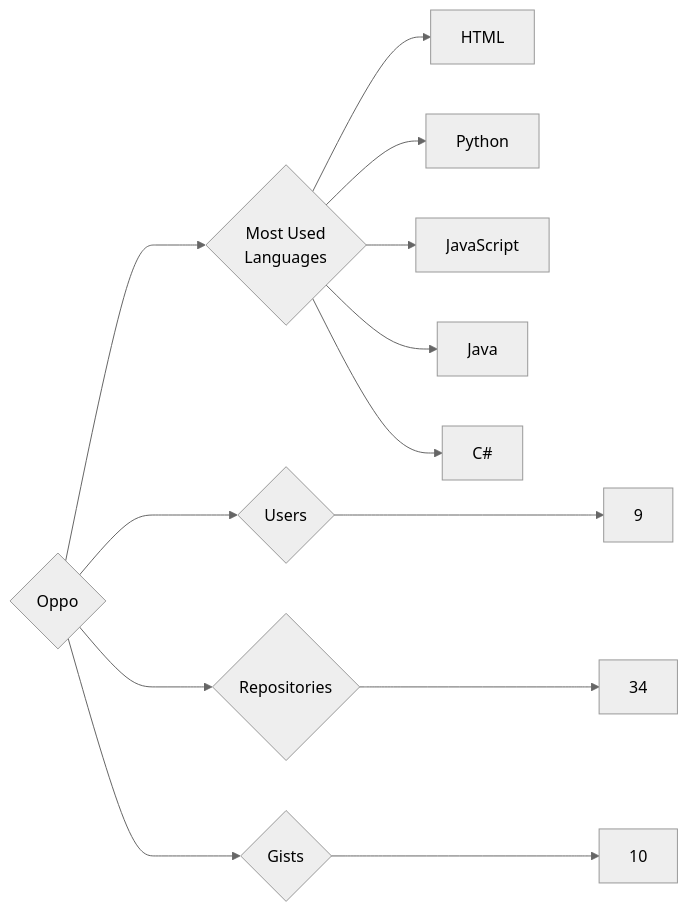
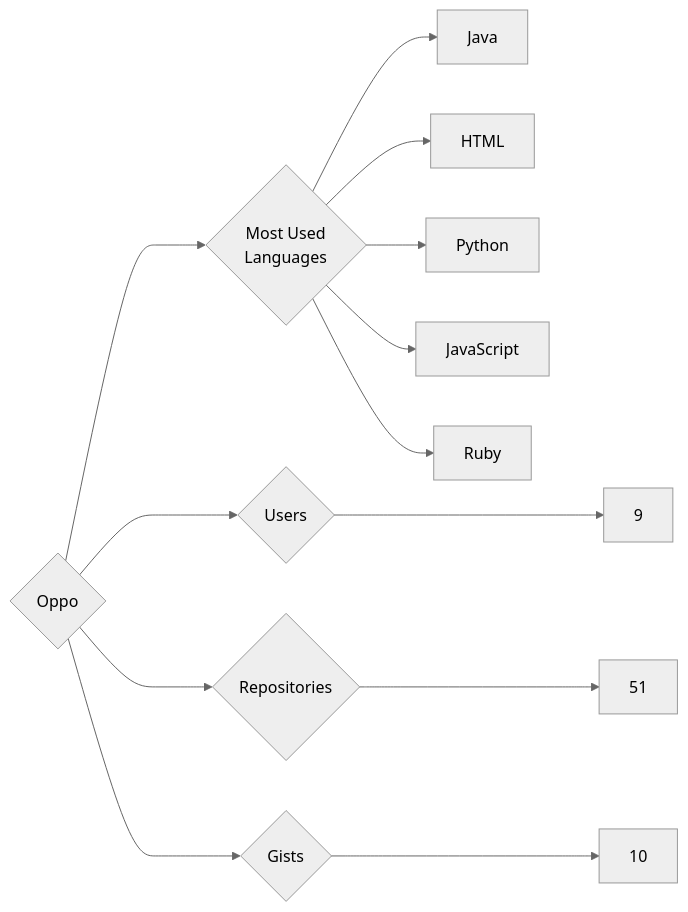
The diagram in targets/Oppo/README.md (trickest/insiders), drawn with Mermaid (neutral theme) before and after one commit. The commit also changed 1248 other files, not shown here.

````diff
--- a/targets/Oppo/README.md
+++ b/targets/Oppo/README.md
@@ -3,13 +3,13 @@
 ```mermaid
 graph LR
 COMPANY_NAME{Oppo}
 COMPANY_NAME ---> U{Users} ---> UN[9]
-COMPANY_NAME ---> R{Repositories} ---> RN[34]
+COMPANY_NAME ---> R{Repositories} ---> RN[51]
 COMPANY_NAME ---> G{Gists} ---> GN[10]
 COMPANY_NAME ---> ML{Most Used<br>Languages}
+ML --> Java[Java]
 ML --> HTML[HTML]
 ML --> Python[Python]
 ML --> JavaScript[JavaScript]
-ML --> Java[Java]
-ML --> C#[C#]
+ML --> Ruby[Ruby]
 ```
````
